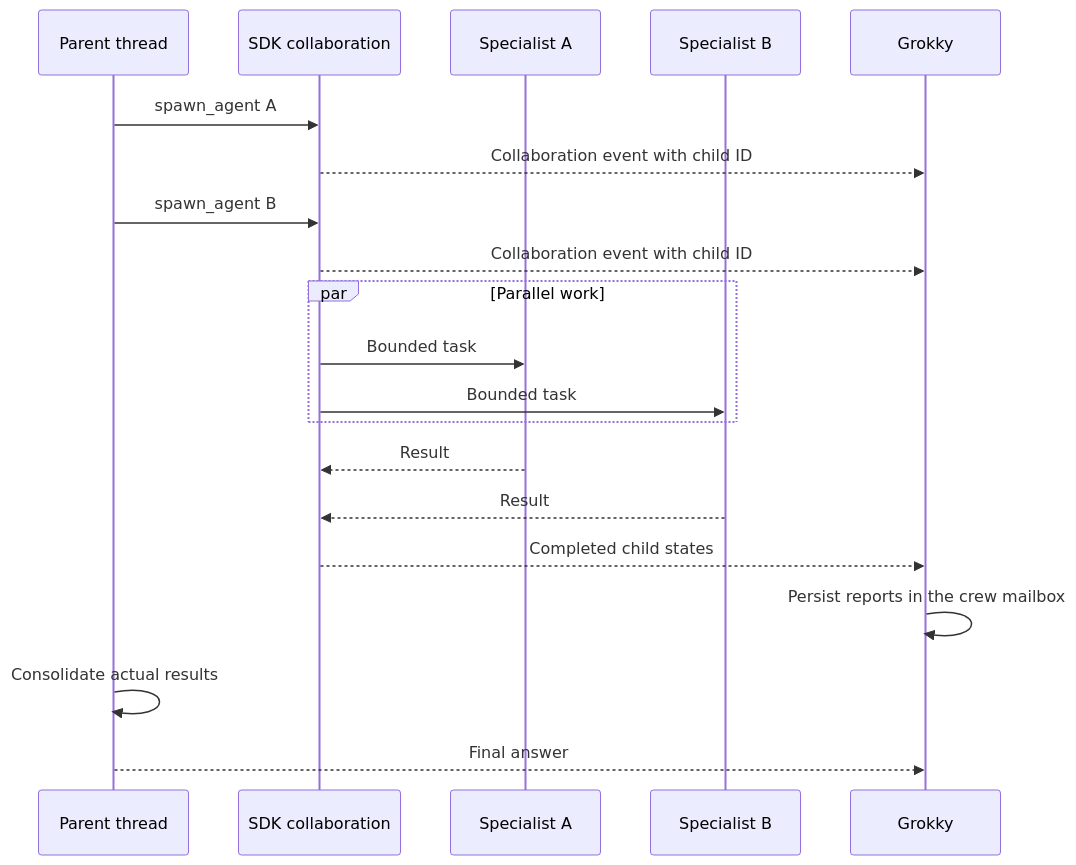
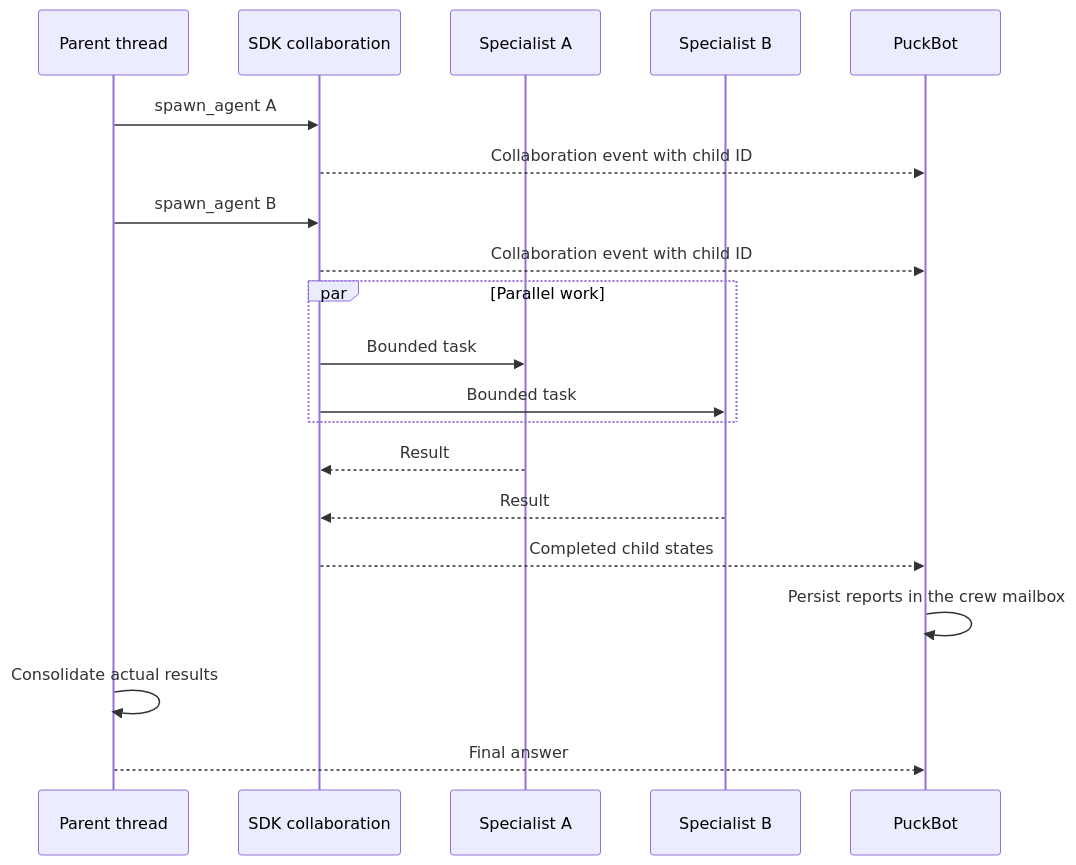
One commit to jasonagency/grokky changed the third of 3 diagrams in docs/CODEX-SDK.md. Above: the diagram before and after it, drawn with Mermaid. The commit also changed other lines of this file and 60 other files, not shown here.

Commit message:
feat(app): migrate identity to PuckBot

````diff
--- a/docs/CODEX-SDK.md
+++ b/docs/CODEX-SDK.md
@@ -200,23 +200,23 @@
 ```mermaid
 sequenceDiagram
   participant P as Parent thread
   participant S as SDK collaboration
   participant A as Specialist A
   participant B as Specialist B
-  participant UI as Grokky
+  participant UI as PuckBot
 
   P->>S: spawn_agent A
   S-->>UI: Collaboration event with child ID
   P->>S: spawn_agent B
   S-->>UI: Collaboration event with child ID
   par Parallel work
     S->>A: Bounded task
     S->>B: Bounded task
   end
   A-->>S: Result
   B-->>S: Result
   S-->>UI: Completed child states
   UI->>UI: Persist reports in the crew mailbox
   P->>P: Consolidate actual results
   P-->>UI: Final answer
 ```
````
